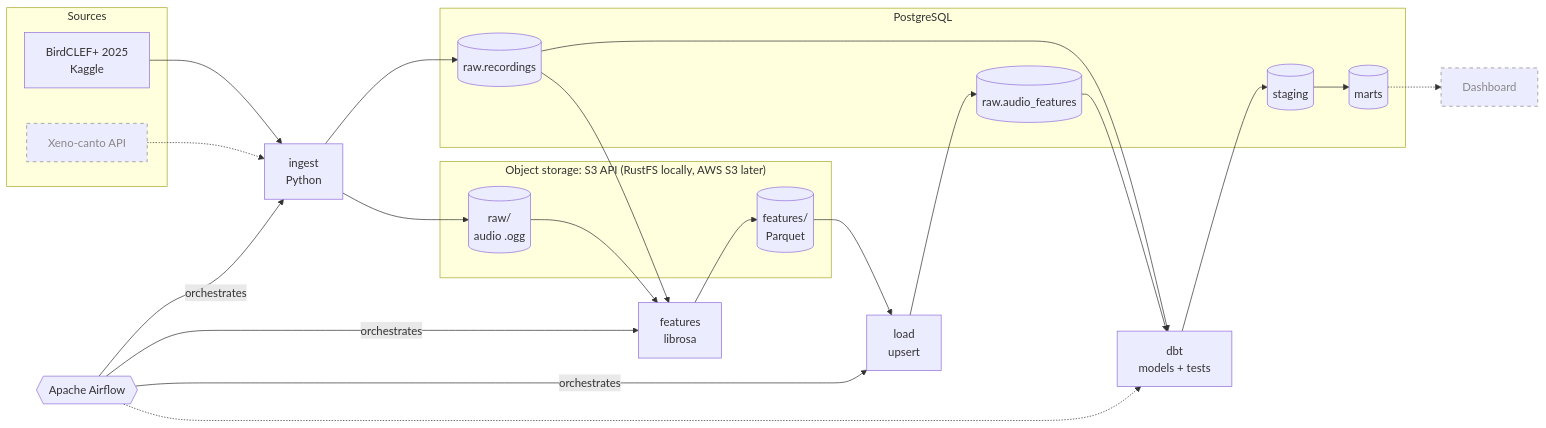
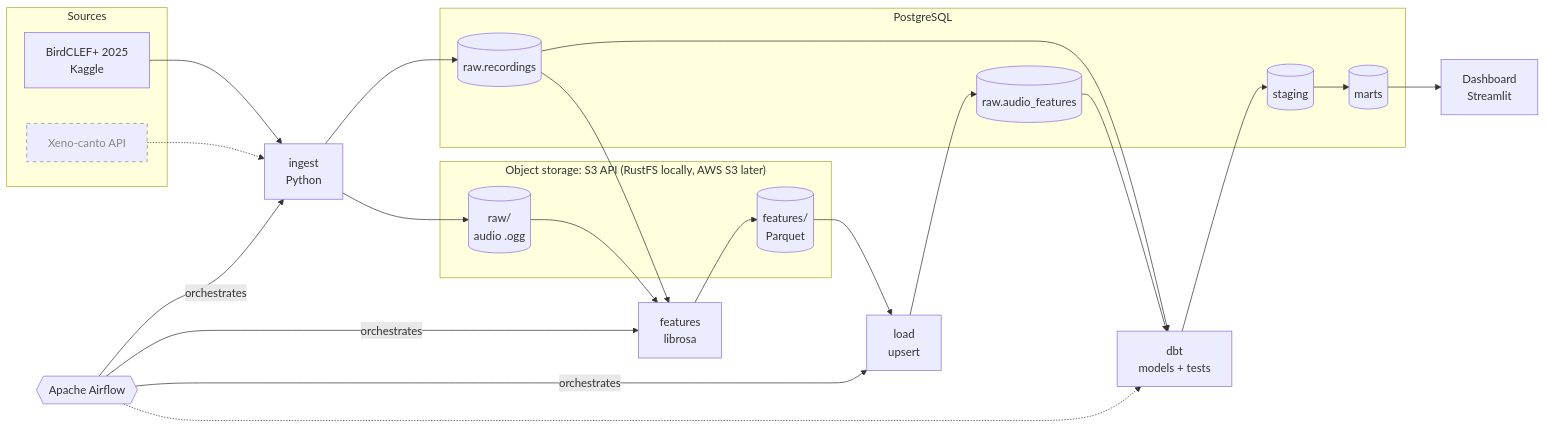
One commit to Dres3223/soundscape-data-pipeline changed the diagram in README.md. Above: the diagram before and after it, drawn with Mermaid. The commit also changed other lines of this file and 11 other files, not shown here.

First line of the commit message:
feat(dashboard): add Streamlit dashboard over the soundscape mart

````diff
--- a/README.md
+++ b/README.md
@@ -9,40 +9,40 @@
 ```mermaid
 flowchart LR
     subgraph sources["Sources"]
         kaggle["BirdCLEF+ 2025<br/>Kaggle"]
         xenocanto["Xeno-canto API"]:::planned
     end
 
     subgraph s3["Object storage: S3 API (RustFS locally, AWS S3 later)"]
         raw[("raw/<br/>audio .ogg")]
         parquet[("features/<br/>Parquet")]
     end
 
     subgraph pg["PostgreSQL"]
         recordings[("raw.recordings")]
         audiofeatures[("raw.audio_features")]
         staging[("staging")]
         marts[("marts")]
     end
 
     ingest["ingest<br/>Python"]
     features["features<br/>librosa"]
     load["load<br/>upsert"]
     dbt["dbt<br/>models + tests"]
-    dashboard["Dashboard"]:::planned
+    dashboard["Dashboard<br/>Streamlit"]
     airflow{{"Apache Airflow"}}
 
     kaggle --> ingest
     xenocanto -.-> ingest
     ingest --> raw
     ingest --> recordings
     raw --> features --> parquet
     recordings --> features
     parquet --> load --> audiofeatures
     recordings & audiofeatures --> dbt
-    dbt --> staging --> marts -.-> dashboard
+    dbt --> staging --> marts --> dashboard
     airflow -- orchestrates --> ingest & features & load
     airflow -.-> dbt
 
     classDef planned stroke-dasharray: 5 5, color:#888, stroke:#888
 ```
````
